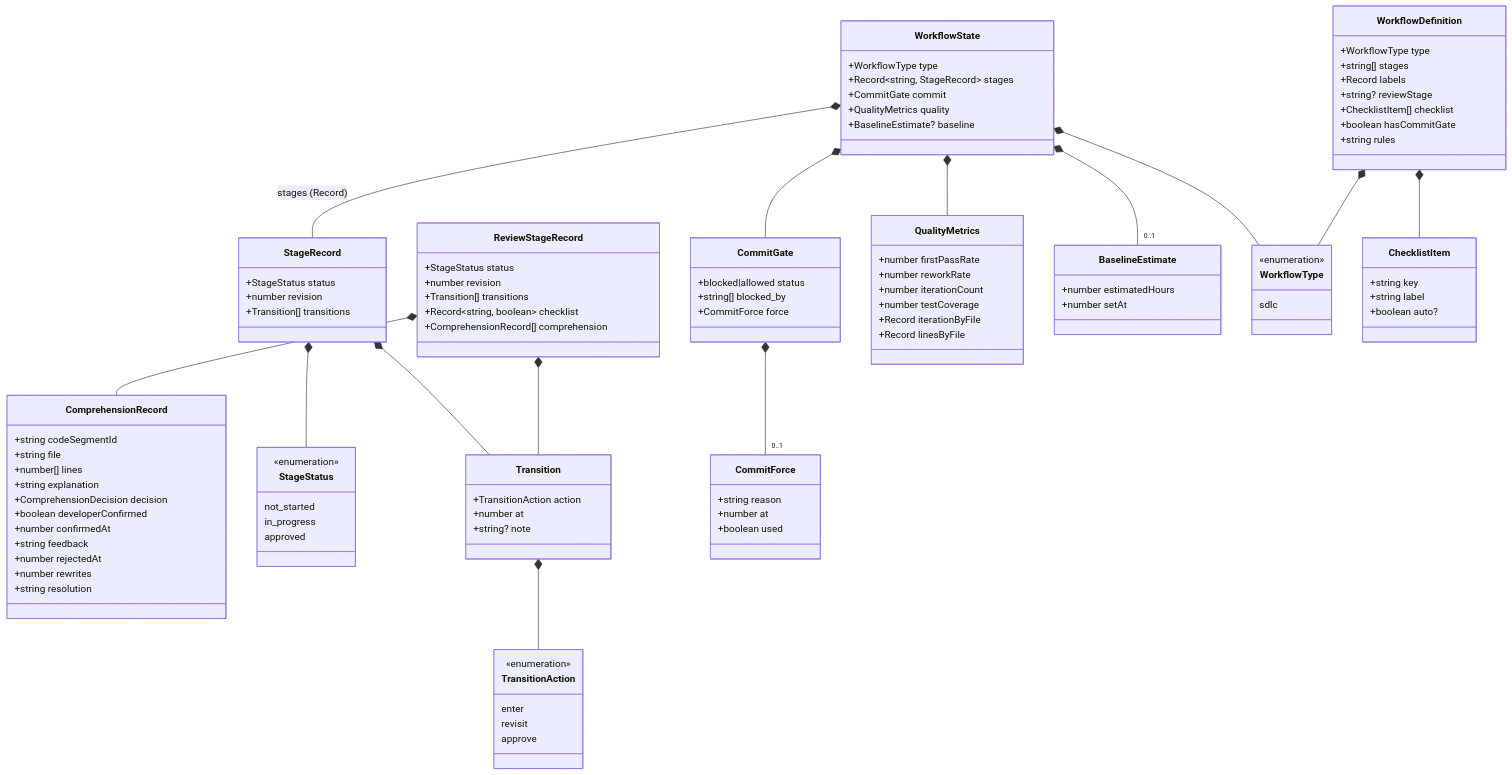
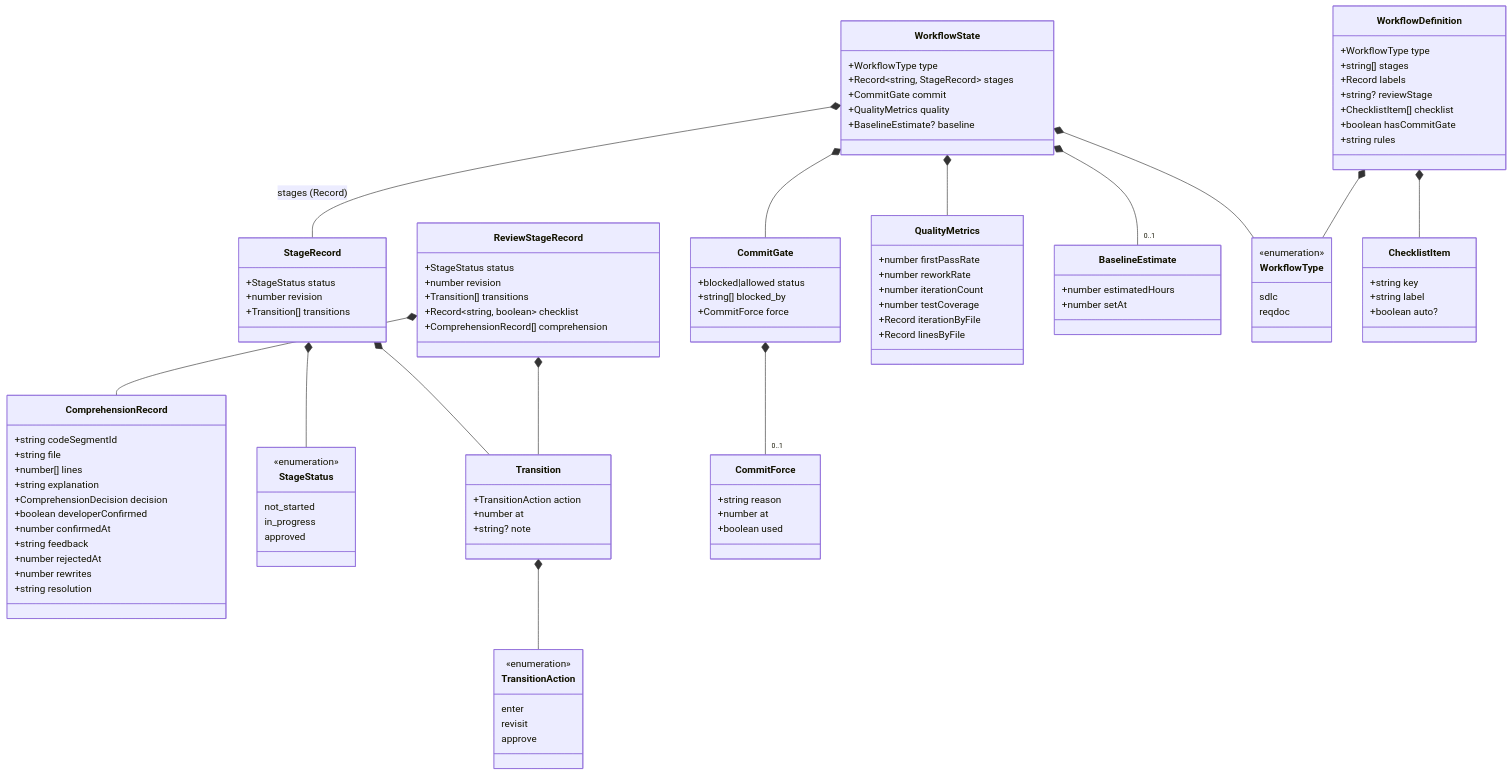
Before and after one commit to wonglaitung/opencode: the eighth of 15 diagrams in opencode-session-mgmt/docs/session-management.md, drawn with Mermaid. The commit also changed other lines of this file, not shown here.

First line of the commit message:
docs(session-mgmt): 沉淀 reqdoc 工作流定义草案（四段渐进引导 + 业务确认闭环）

```diff
--- a/opencode-session-mgmt/docs/session-management.md
+++ b/opencode-session-mgmt/docs/session-management.md
@@ -513,6 +513,7 @@
     class WorkflowType {
         <<enumeration>>
         sdlc
+        reqdoc
     }
 
     class ChecklistItem {
```
